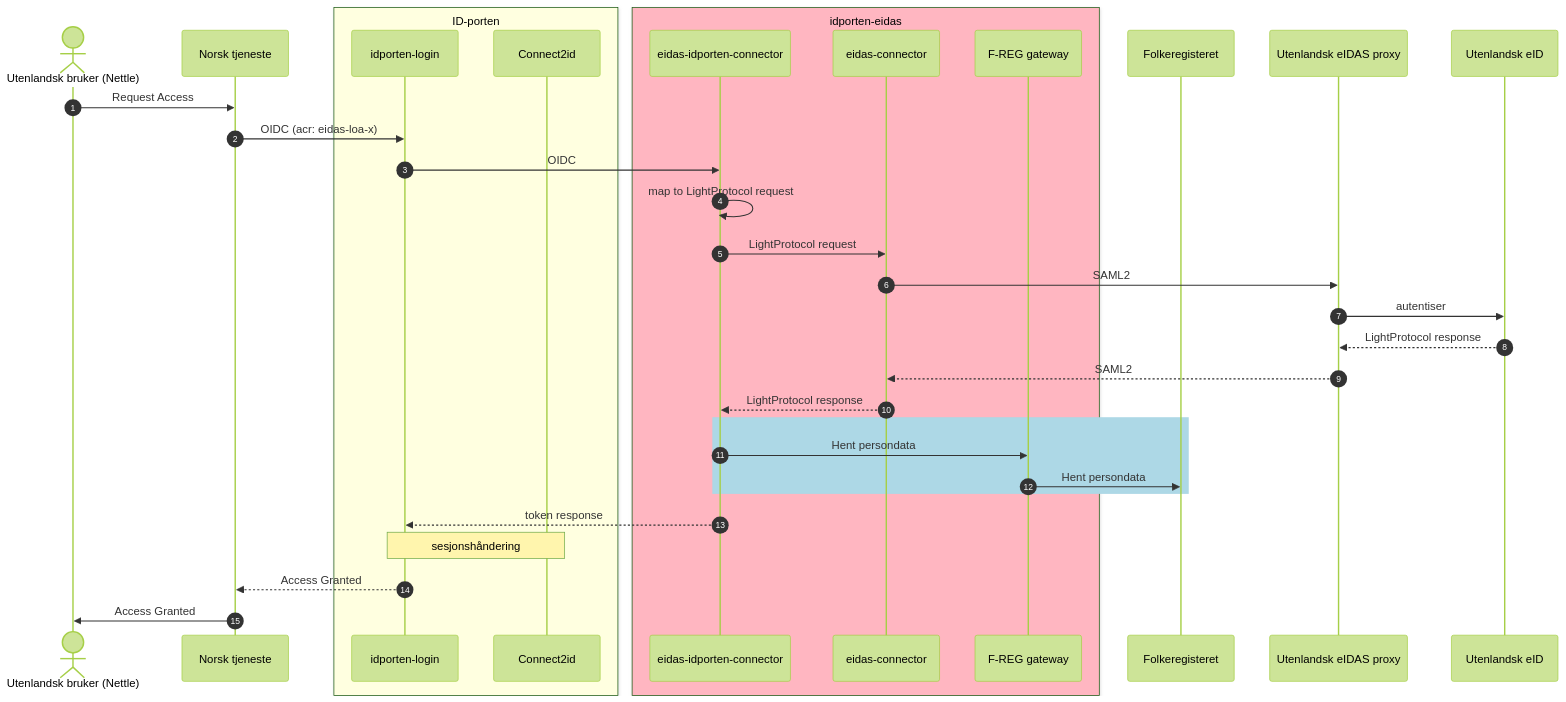
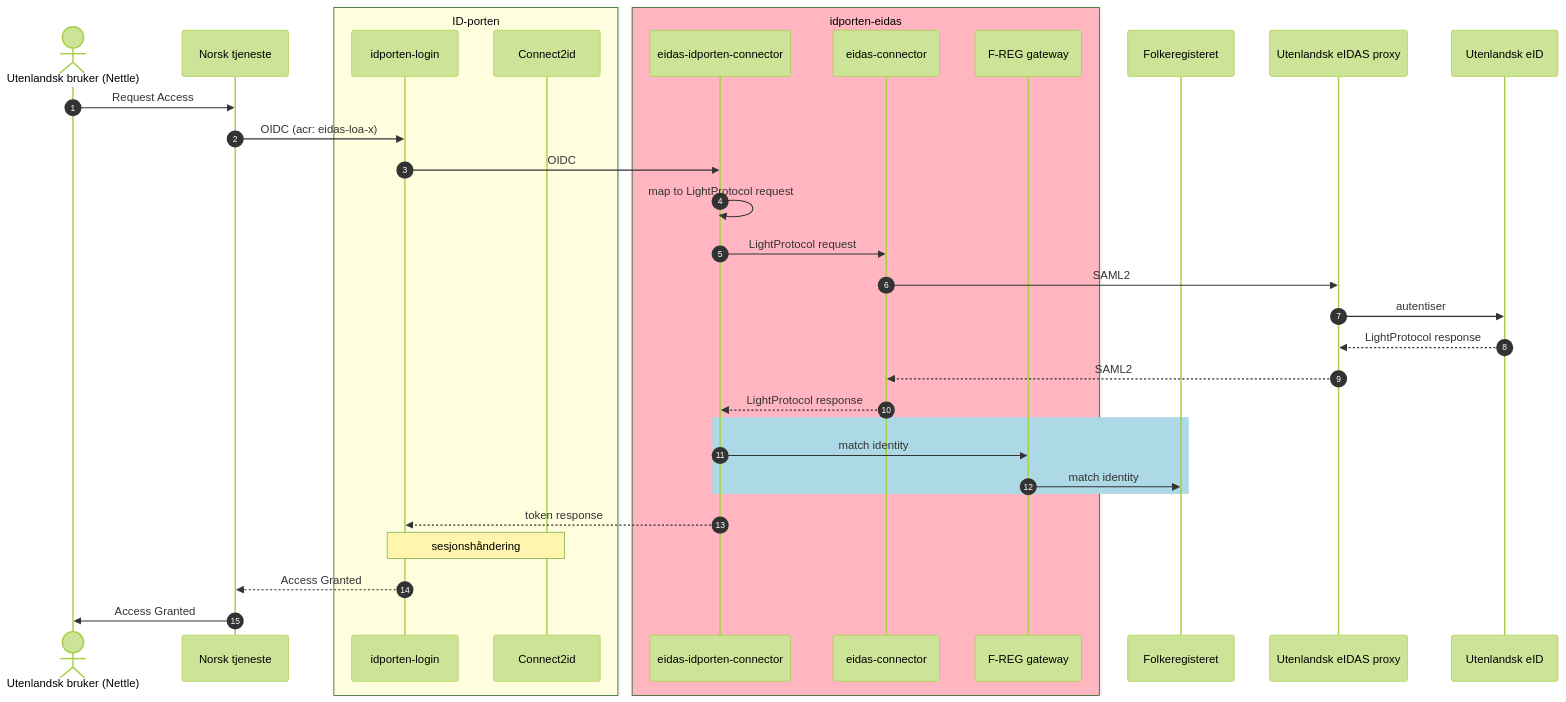
The second of 2 diagrams in README.md (felleslosninger/eidas-demo-countries), drawn with Mermaid (forest theme) before and after one commit.

Commit message:
fikse flytdiagram

````diff
--- a/README.md
+++ b/README.md
@@ -78,38 +78,38 @@
 ```mermaid  
 sequenceDiagram
 autonumber
     actor User as Utenlandsk bruker (Nettle)
     participant SP as Norsk tjeneste
     box lightyellow ID-porten
     participant IL as idporten-login
     participant C2ID as Connect2id
     end
     box lightpink idporten-eidas
         participant EC as eidas-idporten-connector
         participant NEC as eidas-connector
         participant FRGW as F-REG gateway
     end
     participant FR as Folkeregisteret
     participant UPS as Utenlandsk eIDAS proxy
     participant IDP as Utenlandsk eID
 
     User->>SP: Request Access
     SP->>IL: OIDC (acr: eidas-loa-x)
     IL->>EC: OIDC
 
     EC->>EC: map to LightProtocol request
     EC->>NEC: LightProtocol request
     NEC->>UPS: SAML2
     UPS->>IDP: autentiser
     IDP-->> UPS: LightProtocol response
     UPS-->>NEC: SAML2
     NEC-->>EC: LightProtocol response
     rect lightblue
-        EC->>FRGW: Hent persondata
-        FRGW->>FR: Hent persondata
+        EC->>FRGW: match identity
+        FRGW->>FR: match identity
     end
     EC-->>IL: token response
     Note over IL,C2ID: sesjonshåndering
     IL-->>SP: Access Granted
     SP->>User: Access Granted
 ```    
````
